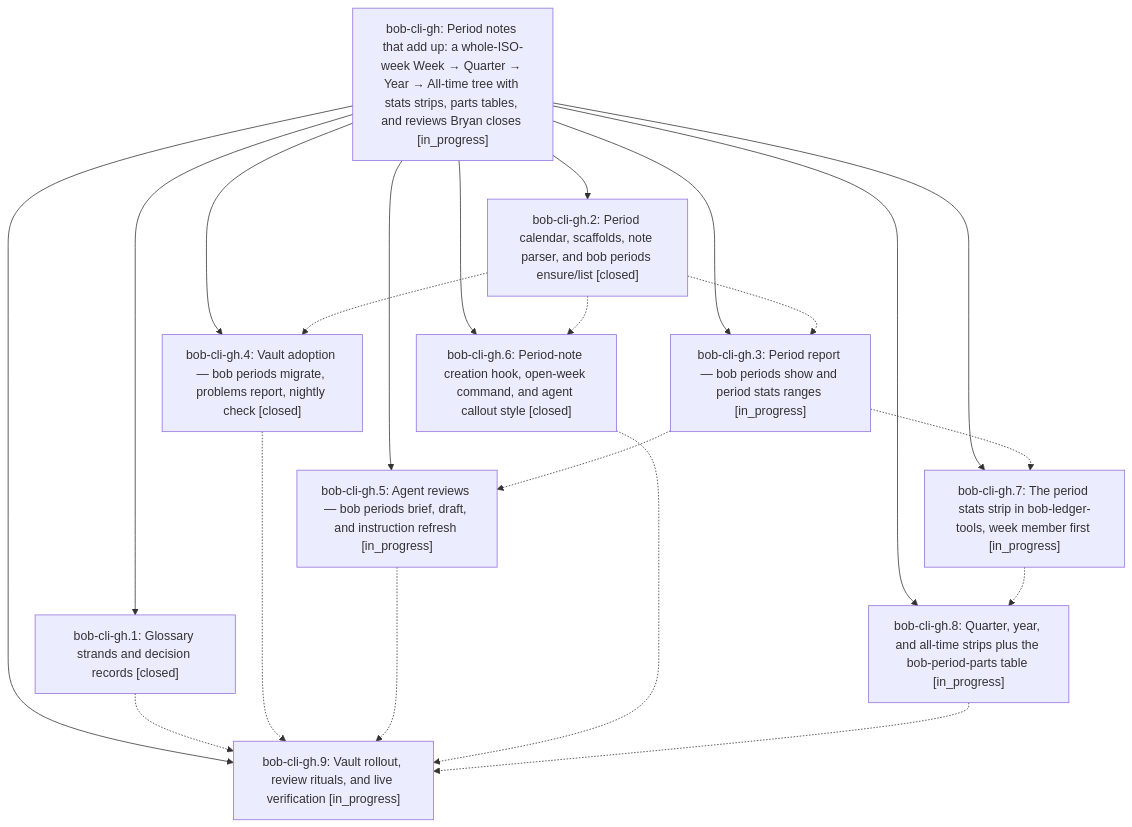
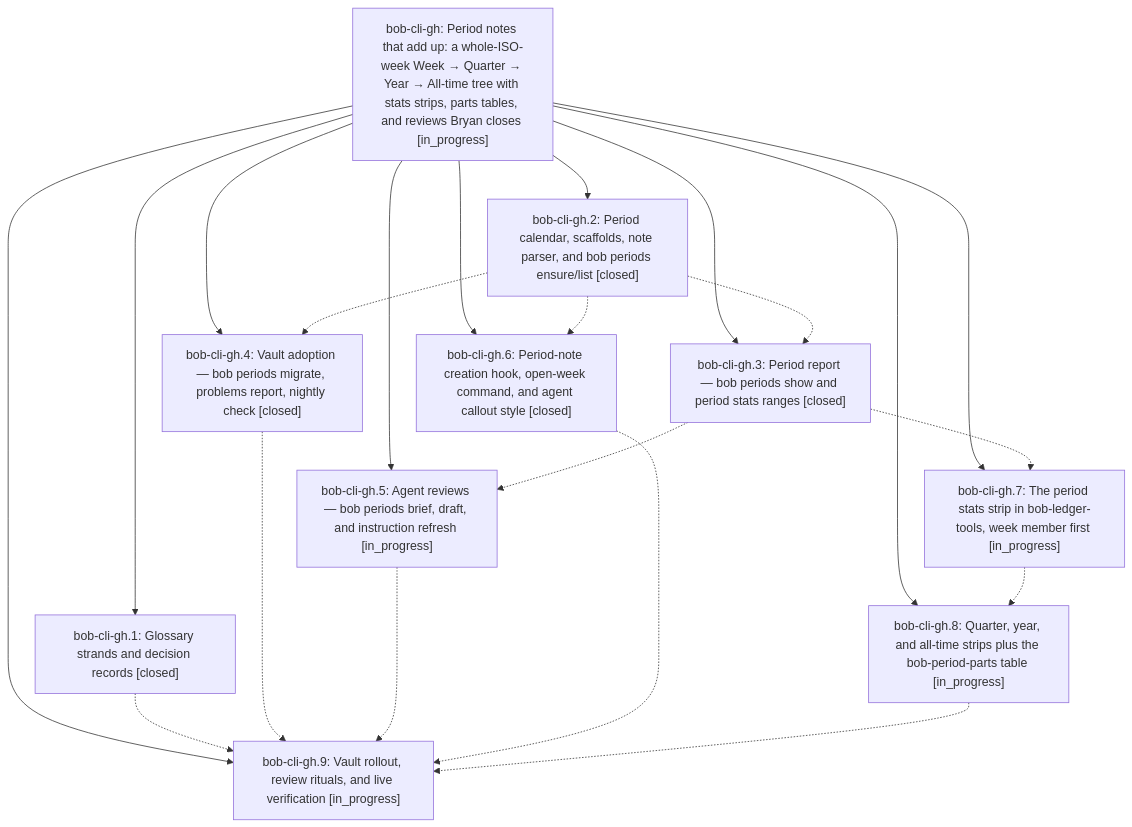
Before and after one commit to bobs-org/bob-cli--beads: the diagram in pages/bob-cli-gh/README.md, drawn with Mermaid. The commit also changed other lines of this file and 5 other files, not shown here.

First line of the commit message:
chore(beads): sync bead state and pages for bob-cli-gh

````diff
--- a/pages/bob-cli-gh/README.md
+++ b/pages/bob-cli-gh/README.md
@@ -50,33 +50,33 @@
 ```mermaid
 flowchart TD
     n0["bob-cli-gh: Period notes that add up: a whole-ISO-week Week → Quarter → Year → All-time tree with stats strips, parts tables, and reviews Bryan closes [in_progress]"]
     n1["bob-cli-gh.1: Glossary strands and decision records [closed]"]
     n2["bob-cli-gh.2: Period calendar, scaffolds, note parser, and bob periods ensure/list [closed]"]
-    n3["bob-cli-gh.3: Period report — bob periods show and period stats ranges [in_progress]"]
+    n3["bob-cli-gh.3: Period report — bob periods show and period stats ranges [closed]"]
     n4["bob-cli-gh.4: Vault adoption — bob periods migrate, problems report, nightly check [closed]"]
     n5["bob-cli-gh.5: Agent reviews — bob periods brief, draft, and instruction refresh [in_progress]"]
     n6["bob-cli-gh.6: Period-note creation hook, open-week command, and agent callout style [closed]"]
     n7["bob-cli-gh.7: The period stats strip in bob-ledger-tools, week member first [in_progress]"]
     n8["bob-cli-gh.8: Quarter, year, and all-time strips plus the bob-period-parts table [in_progress]"]
     n9["bob-cli-gh.9: Vault rollout, review rituals, and live verification [in_progress]"]
     n0 --> n1
     n0 --> n2
     n0 --> n3
     n0 --> n4
     n0 --> n5
     n0 --> n6
     n0 --> n7
     n0 --> n8
     n0 --> n9
     n1 -.-> n9
     n2 -.-> n3
     n2 -.-> n4
     n2 -.-> n6
     n3 -.-> n5
     n3 -.-> n7
     n4 -.-> n9
     n5 -.-> n9
     n6 -.-> n9
     n7 -.-> n8
     n8 -.-> n9
 ```
````
